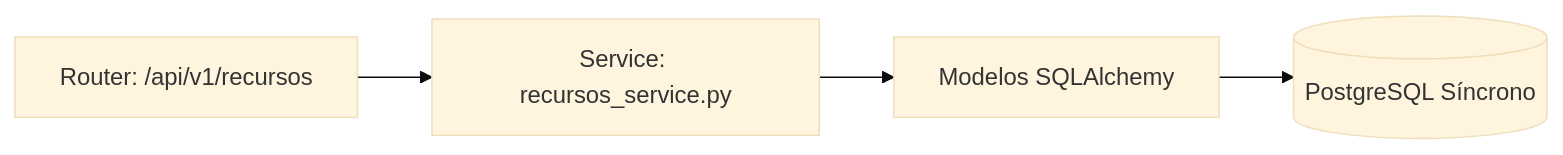
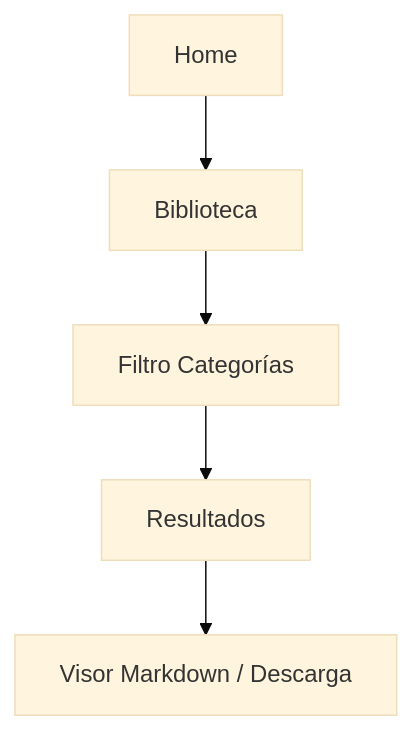
Before and after one commit to TuGfaNat/Plataforma-MEH: the third of 3 diagrams in website/docs/tecnico/04-modulos/10-recursos.md, drawn with Mermaid (base theme). The commit also changed other lines of this file and 21 other files, not shown here.

````diff
--- a/website/docs/tecnico/04-modulos/10-recursos.md
+++ b/website/docs/tecnico/04-modulos/10-recursos.md
@@ -17,6 +97,7 @@
 ```mermaid
-graph LR
-    API[Router: /api/v1/recursos] --> Service[Service: recursos_service.py]
-    Service --> Models[Modelos SQLAlchemy]
-    Models --> DB[(PostgreSQL Síncrono)]
+graph TD
+    Home --> Biblioteca
+    Biblioteca --> Filter[Filtro Categorías]
+    Filter --> List[Resultados]
+    List --> Detail[Visor Markdown / Descarga]
 ```
````
